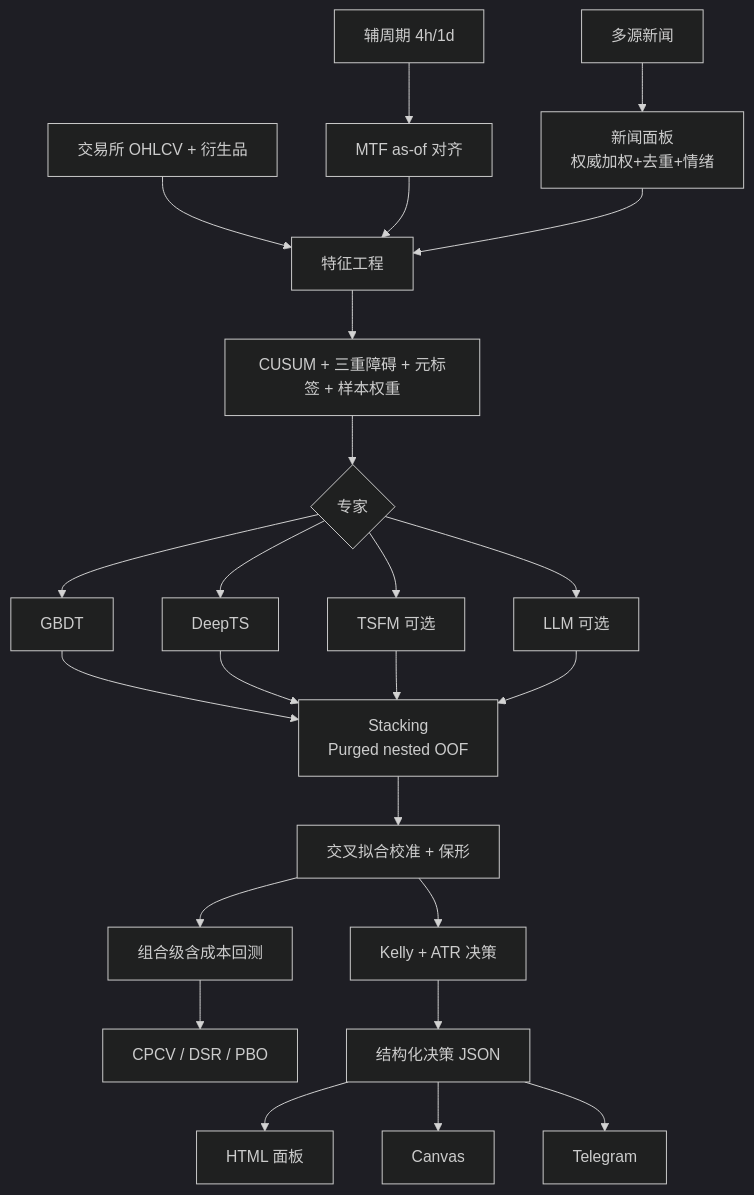
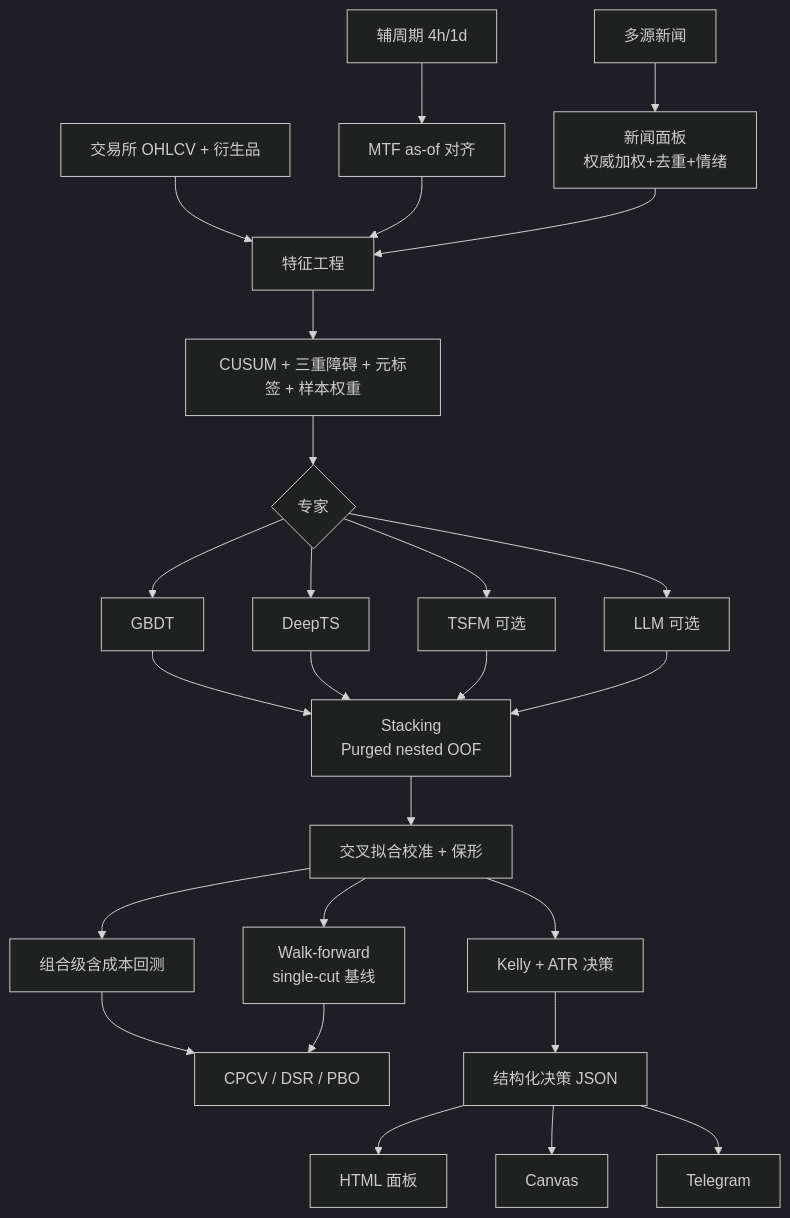
Before and after one commit to gangrenzhang/crypto-alpha: the diagram in docs/ARCHITECTURE.md, drawn with Mermaid (dark theme). The commit also changed other lines of this file and 27 other files, not shown here.

````diff
--- a/docs/ARCHITECTURE.md
+++ b/docs/ARCHITECTURE.md
@@ -59,23 +59,25 @@
 ```mermaid
 flowchart TD
     A[交易所 OHLCV + 衍生品] --> F[特征工程]
     AUX[辅周期 4h/1d] --> MTF[MTF as-of 对齐]
     MTF --> F
     N[多源新闻] --> NP[新闻面板<br/>权威加权+去重+情绪]
     NP --> F
     F --> L[CUSUM + 三重障碍 + 元标签 + 样本权重]
     L --> E{专家}
     E --> E1[GBDT]
     E --> E2[DeepTS]
     E --> E3[TSFM 可选]
     E --> E4[LLM 可选]
     E1 & E2 & E3 & E4 --> S[Stacking<br/>Purged nested OOF]
     S --> C[交叉拟合校准 + 保形]
     C --> B[组合级含成本回测]
     C --> R[Kelly + ATR 决策]
+    C --> WF[Walk-forward<br/>single-cut 基线]
     B --> V[CPCV / DSR / PBO]
+    WF --> V
     R --> D[结构化决策 JSON]
     D --> O1[HTML 面板]
     D --> O2[Canvas]
     D --> O3[Telegram]
 ```
````
